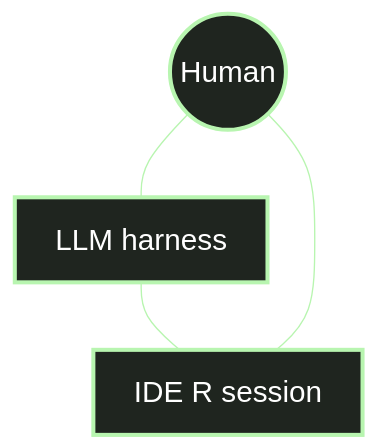
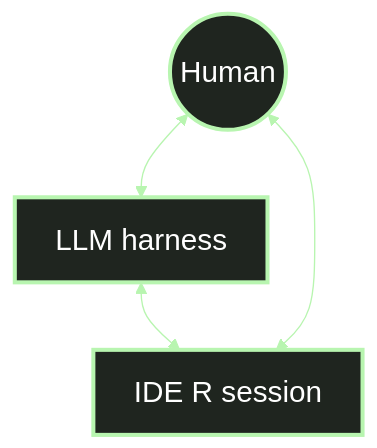
One commit to posit-dev/mcp-repl changed the second of 3 diagrams in mcp-repl-useR-lightning.qmd. Above: the diagram before and after it, drawn with Mermaid. The commit also changed other lines of this file and 1 other file, not shown here.

````diff
--- a/mcp-repl-useR-lightning.qmd
+++ b/mcp-repl-useR-lightning.qmd
@@ -315,13 +315,13 @@
 ```{mermaid}
 %%{init: {"theme": "base", "themeVariables": {"background": "transparent", "fontSize": "22px", "primaryColor": "#1f251f", "primaryTextColor": "#ffffff", "primaryBorderColor": "#b8f5b0", "lineColor": "#b8f5b0", "fontFamily": "system-ui, sans-serif"}}}%%
 flowchart TB
   human((Human))
   harness["LLM harness"]
   repl["IDE R session"]
-  human --- harness
-  harness --- repl
-  human --- repl
+  human <--> harness
+  harness <--> repl
+  human <--> repl
 
   classDef ideBox fill:#1f251f,stroke:#b8f5b0,color:#ffffff,stroke-width:3px,font-size:22px;
   class human,harness,repl ideBox;
 ```
````
